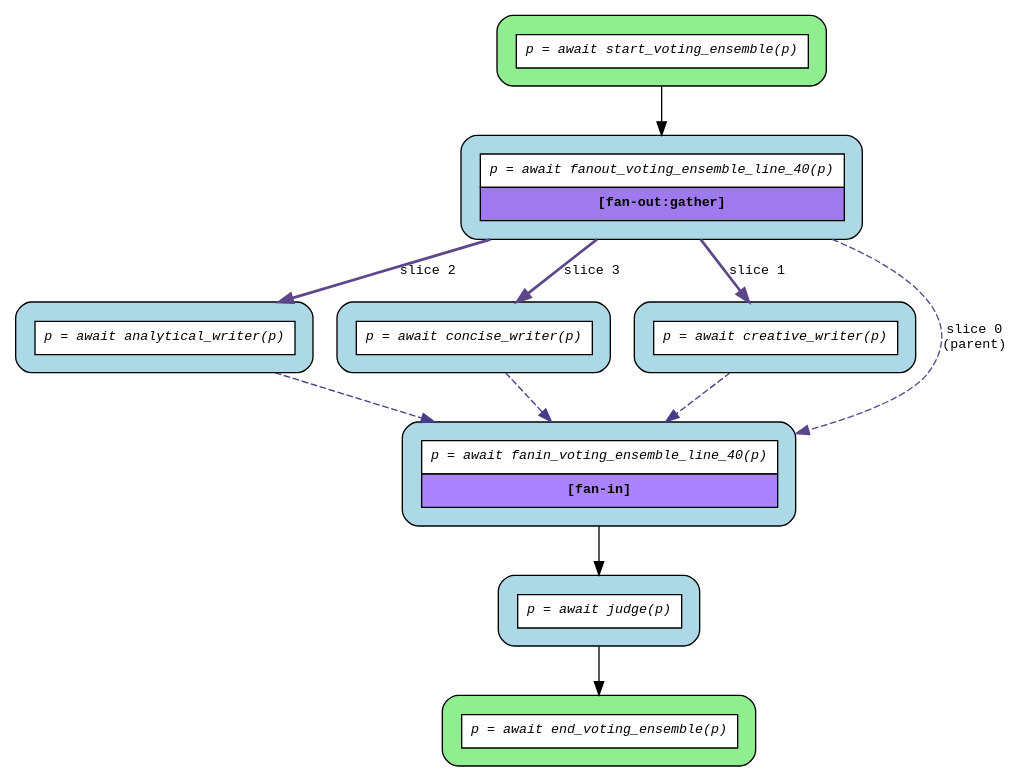
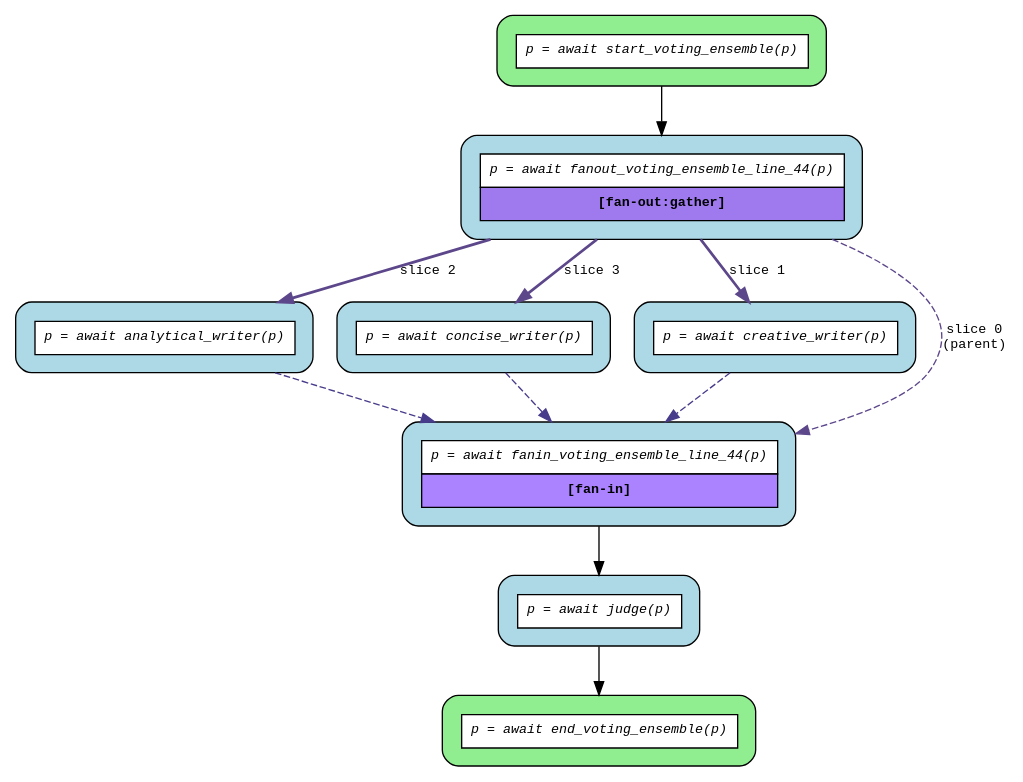
One commit to deliveryhero/asya changed the diagram in examples/flows/agentic/compiled/voting_ensemble/flow.dot. Above: the diagram before and after it, drawn with Graphviz. The commit also changed 252 other files, not shown here.

First line of the commit message:
fix(flow): add @flow decorator requirement to flow entry points

```diff
--- a/examples/flows/agentic/compiled/voting_ensemble/flow.dot
+++ b/examples/flows/agentic/compiled/voting_ensemble/flow.dot
@@ -1,26 +1,26 @@
 digraph flow {
   rankdir=TB;
   graph [fontname="Courier", fontsize=10];
   node [fontname="Courier", fontsize=10, shape=box, style="filled,rounded", margin="0.2"];
   edge [fontname="Courier", fontsize=10];
 
   start_voting_ensemble [fillcolor="lightgreen", group="main", label=<<table border="0" cellspacing="0" cellpadding="6" cellborder="1"><tr><td bgcolor="white" align="center"><i>p = await start_voting_ensemble(p)</i></td></tr></table>>];
-  fanout_voting_ensemble_line_40 [fillcolor="lightblue", group="main", label=<<table border="0" cellspacing="0" cellpadding="6" cellborder="1"><tr><td bgcolor="white" align="center"><i>p = await fanout_voting_ensemble_line_40(p)</i></td></tr><tr><td bgcolor="mediumpurple2" align="center"><b>[fan-out:gather]</b></td></tr></table>>];
+  fanout_voting_ensemble_line_44 [fillcolor="lightblue", group="main", label=<<table border="0" cellspacing="0" cellpadding="6" cellborder="1"><tr><td bgcolor="white" align="center"><i>p = await fanout_voting_ensemble_line_44(p)</i></td></tr><tr><td bgcolor="mediumpurple2" align="center"><b>[fan-out:gather]</b></td></tr></table>>];
   end_voting_ensemble [fillcolor="lightgreen", group="main", label=<<table border="0" cellspacing="0" cellpadding="6" cellborder="1"><tr><td bgcolor="white" align="center"><i>p = await end_voting_ensemble(p)</i></td></tr></table>>];
   analytical_writer [fillcolor="lightblue", label=<<table border="0" cellspacing="0" cellpadding="6" cellborder="1"><tr><td bgcolor="white" align="center"><i>p = await analytical_writer(p)</i></td></tr></table>>];
   concise_writer [fillcolor="lightblue", label=<<table border="0" cellspacing="0" cellpadding="6" cellborder="1"><tr><td bgcolor="white" align="center"><i>p = await concise_writer(p)</i></td></tr></table>>];
   creative_writer [fillcolor="lightblue", label=<<table border="0" cellspacing="0" cellpadding="6" cellborder="1"><tr><td bgcolor="white" align="center"><i>p = await creative_writer(p)</i></td></tr></table>>];
-  fanin_voting_ensemble_line_40 [fillcolor="lightblue", label=<<table border="0" cellspacing="0" cellpadding="6" cellborder="1"><tr><td bgcolor="white" align="center"><i>p = await fanin_voting_ensemble_line_40(p)</i></td></tr><tr><td bgcolor="mediumpurple1" align="center"><b>[fan-in]</b></td></tr></table>>];
+  fanin_voting_ensemble_line_44 [fillcolor="lightblue", label=<<table border="0" cellspacing="0" cellpadding="6" cellborder="1"><tr><td bgcolor="white" align="center"><i>p = await fanin_voting_ensemble_line_44(p)</i></td></tr><tr><td bgcolor="mediumpurple1" align="center"><b>[fan-in]</b></td></tr></table>>];
   judge [fillcolor="lightblue", label=<<table border="0" cellspacing="0" cellpadding="6" cellborder="1"><tr><td bgcolor="white" align="center"><i>p = await judge(p)</i></td></tr></table>>];
 
-  analytical_writer -> fanin_voting_ensemble_line_40 [color=slateblue4, style=dashed];
-  concise_writer -> fanin_voting_ensemble_line_40 [color=slateblue4, style=dashed];
-  creative_writer -> fanin_voting_ensemble_line_40 [color=slateblue4, style=dashed];
-  fanin_voting_ensemble_line_40 -> judge;
-  fanout_voting_ensemble_line_40 -> analytical_writer [color=mediumpurple4, label="slice 2", style=bold];
-  fanout_voting_ensemble_line_40 -> concise_writer [color=mediumpurple4, label="slice 3", style=bold];
-  fanout_voting_ensemble_line_40 -> creative_writer [color=mediumpurple4, label="slice 1", style=bold];
-  fanout_voting_ensemble_line_40 -> fanin_voting_ensemble_line_40 [color=mediumpurple4, label="slice 0\n(parent)", style=dashed];
+  analytical_writer -> fanin_voting_ensemble_line_44 [color=slateblue4, style=dashed];
+  concise_writer -> fanin_voting_ensemble_line_44 [color=slateblue4, style=dashed];
+  creative_writer -> fanin_voting_ensemble_line_44 [color=slateblue4, style=dashed];
+  fanin_voting_ensemble_line_44 -> judge;
+  fanout_voting_ensemble_line_44 -> analytical_writer [color=mediumpurple4, label="slice 2", style=bold];
+  fanout_voting_ensemble_line_44 -> concise_writer [color=mediumpurple4, label="slice 3", style=bold];
+  fanout_voting_ensemble_line_44 -> creative_writer [color=mediumpurple4, label="slice 1", style=bold];
+  fanout_voting_ensemble_line_44 -> fanin_voting_ensemble_line_44 [color=mediumpurple4, label="slice 0\n(parent)", style=dashed];
   judge -> end_voting_ensemble;
-  start_voting_ensemble -> fanout_voting_ensemble_line_40;
+  start_voting_ensemble -> fanout_voting_ensemble_line_44;
 }
```
